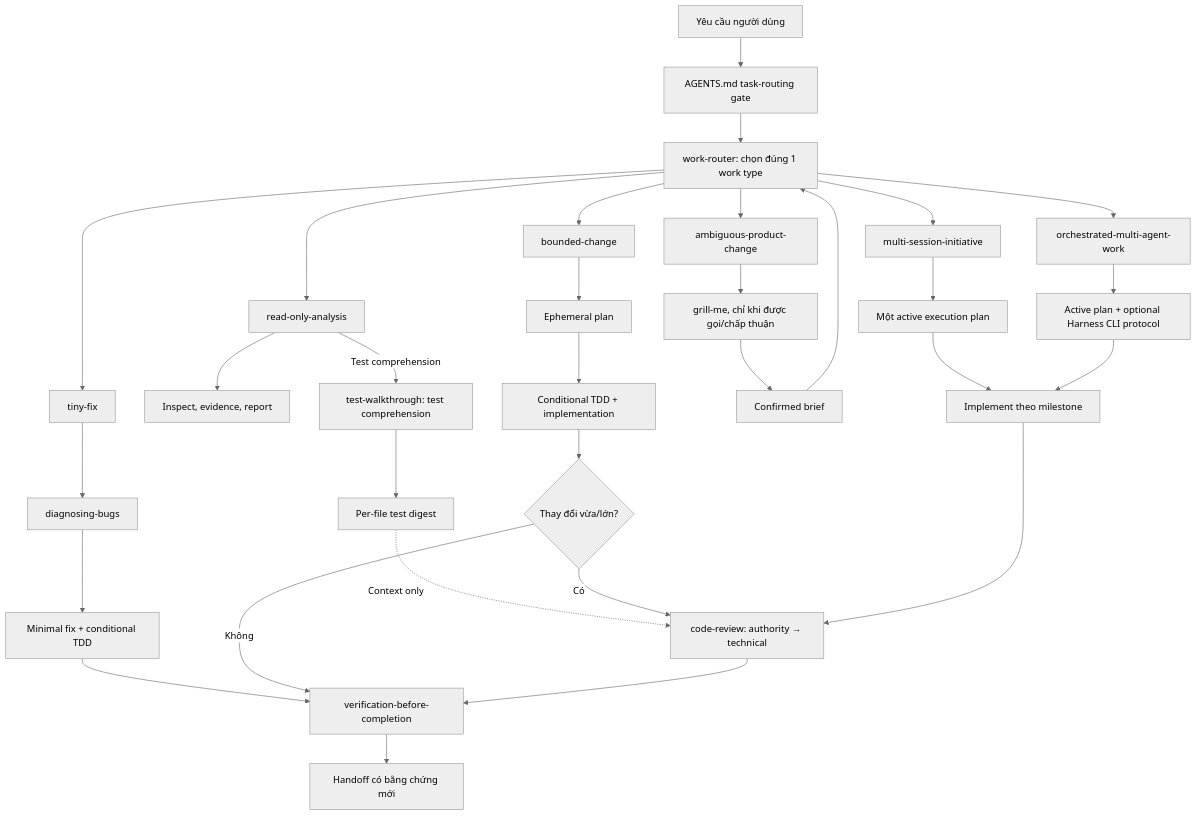
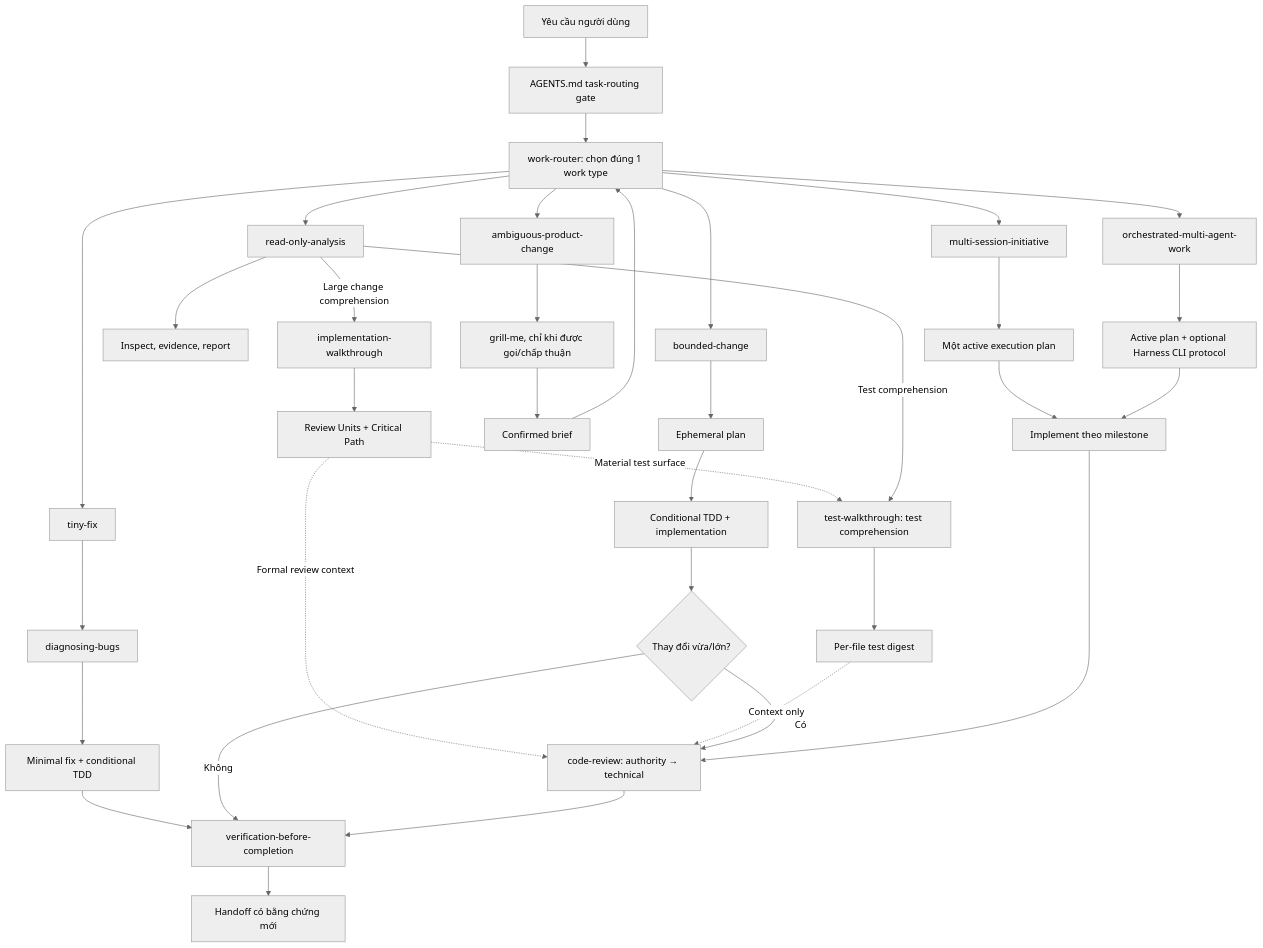
Before and after one commit to duong991/harness-repo: the diagram in docs/HARNESS_WORKFLOW_GUIDE.md, drawn with Mermaid (neutral theme). The commit also changed other lines of this file and 13 other files, not shown here.

First line of the commit message:
Refactor implementation-walkthrough and test-walkthrough skills for improved clarity and functionality

````diff
--- a/docs/HARNESS_WORKFLOW_GUIDE.md
+++ b/docs/HARNESS_WORKFLOW_GUIDE.md
@@ -32,34 +32,38 @@
 ```mermaid
 flowchart TD
     U["Yêu cầu người dùng"] --> G["AGENTS.md task-routing gate"]
     G --> R["work-router: chọn đúng 1 work type"]
     R --> RO["read-only-analysis"]
     R --> TF["tiny-fix"]
     R --> BC["bounded-change"]
     R --> AP["ambiguous-product-change"]
     R --> MS["multi-session-initiative"]
     R --> OM["orchestrated-multi-agent-work"]
 
     RO --> E["Inspect, evidence, report"]
+    RO -->|"Large change comprehension"| IW["implementation-walkthrough"]
+    IW --> RU["Review Units + Critical Path"]
+    RU -. "Material test surface" .-> TW
+    RU -. "Formal review context" .-> RV
     RO -->|"Test comprehension"| TW["test-walkthrough: test comprehension"]
     TW --> TD["Per-file test digest"]
     TD -. "Context only" .-> RV
     TF --> D["diagnosing-bugs"]
     D --> F["Minimal fix + conditional TDD"]
     F --> V["verification-before-completion"]
     BC --> EP["Ephemeral plan"]
     EP --> I["Conditional TDD + implementation"]
     I --> Q{"Thay đổi vừa/lớn?"}
     Q -- "Có" --> RV["code-review: authority → technical"]
     Q -- "Không" --> V
     RV --> V
     AP --> GM["grill-me, chỉ khi được gọi/chấp thuận"]
     GM --> CB["Confirmed brief"]
     CB --> R
     MS --> DP["Một active execution plan"]
     DP --> M["Implement theo milestone"]
     M --> RV
     OM --> CP["Active plan + optional Harness CLI protocol"]
     CP --> M
     V --> H["Handoff có bằng chứng mới"]
 ```
````
